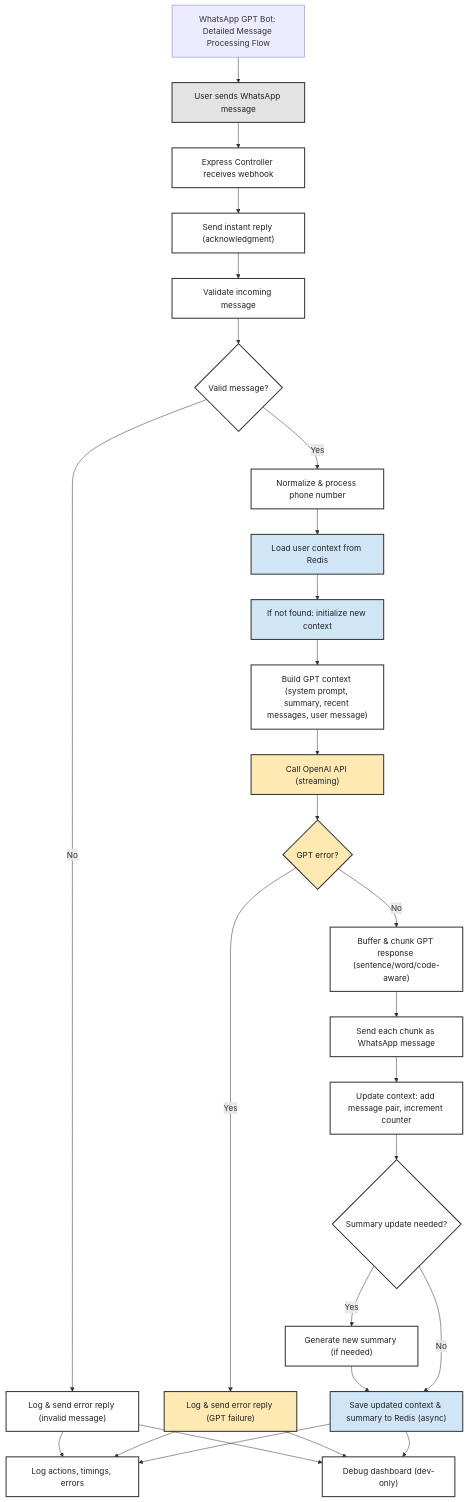
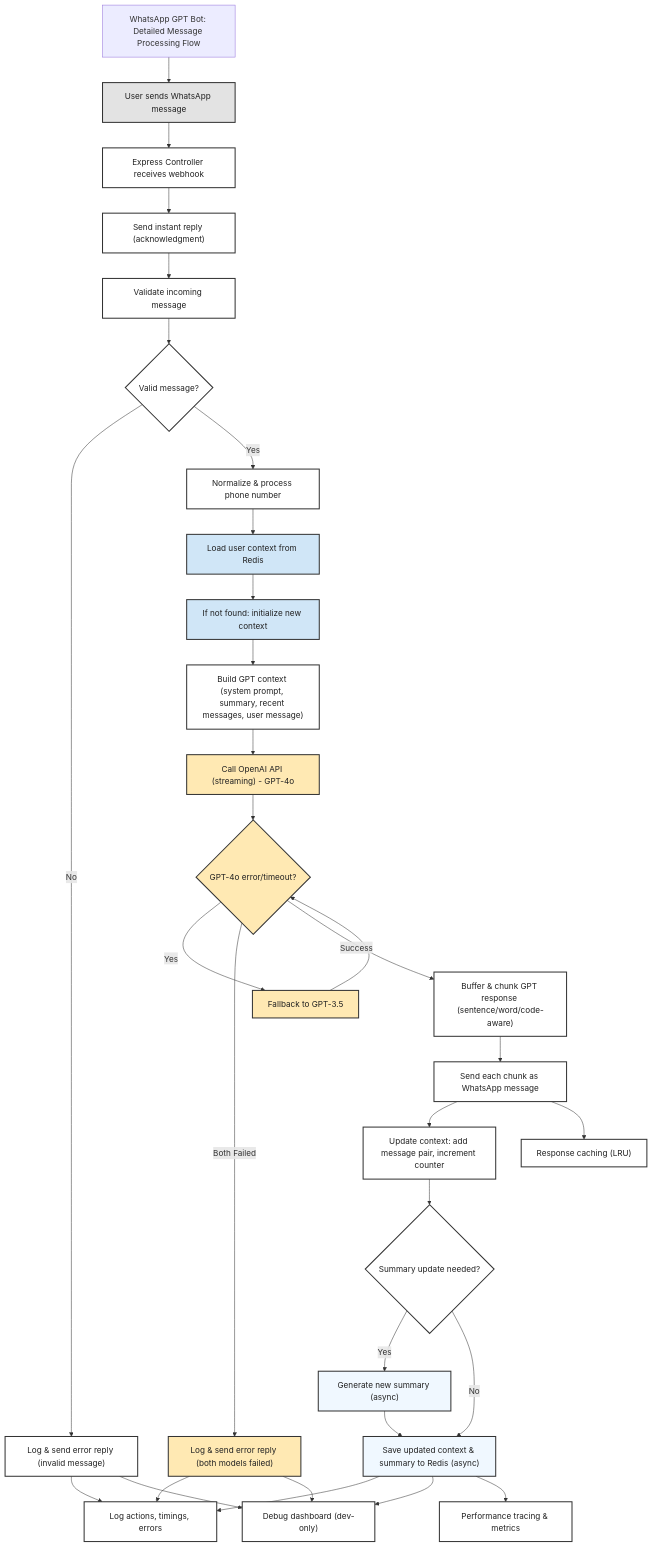
Before and after one commit to fabiomantel/Financial-Advisor-Bot: the diagram in README.md, drawn with Mermaid. The commit also changed other lines of this file and 4 other files, not shown here.

````diff
--- a/README.md
+++ b/README.md
@@ -44,25 +44,28 @@
     H["Load user context from Redis"]
     H2["If not found: initialize new context"]
 
-    %% GPT
+    %% GPT with Fallback
     I["Build GPT context (system prompt, summary, recent messages, user message)"]
-    J["Call OpenAI API (streaming)"]
-    J2{"GPT error?"}
-    K["Log & send error reply (GPT failure)"]
+    J["Call OpenAI API (streaming) - GPT-4o"]
+    J2{"GPT-4o error/timeout?"}
+    J3["Fallback to GPT-3.5"]
+    K["Log & send error reply (both models failed)"]
 
     %% Chunking & Sending
     L["Buffer & chunk GPT response (sentence/word/code-aware)"]
     M["Send each chunk as WhatsApp message"]
 
-    %% Context Update
+    %% Async Context Update
     N["Update context: add message pair, increment counter"]
     O{"Summary update needed?"}
-    P["Generate new summary (if needed)"]
+    P["Generate new summary (async)"]
     Q["Save updated context & summary to Redis (async)"]
 
-    %% Logging/Debug
+    %% Performance & Caching
     R["Log actions, timings, errors"]
     S["Debug dashboard (dev-only)"]
+    T2["Performance tracing & metrics"]
+    U["Response caching (LRU)"]
 
     %% Flow
     T --> A
@@ -79,10 +82,12 @@
     H2 --> I
     I --> J
     J --> J2
-    J2 -- "Yes" --> K
+    J2 -- "Yes" --> J3
+    J3 --> J2
+    J2 -- "Both Failed" --> K
     K --> R
     K --> S
-    J2 -- "No" --> L
+    J2 -- "Success" --> L
     L --> M
     M --> N
     N --> O
@@ -91,14 +96,18 @@
     O -- "No" --> Q
     Q --> R
     Q --> S
+    Q --> T2
+    M --> U
 
     %% Styling
     classDef user fill:#e3e3e3,stroke:#333,stroke-width:2px,color:#222;
     classDef api fill:#fff,stroke:#333,stroke-width:2px,color:#222;
     classDef redis fill:#d0e6f7,stroke:#333,stroke-width:2px,color:#222;
     classDef gpt fill:#ffe9b3,stroke:#333,stroke-width:2px,color:#222;
+    classDef async fill:#f0f8ff,stroke:#333,stroke-width:2px,color:#222;
     class A user;
-    class B,C,D,E,F,G,H,H2,I,J,J2,K,L,M,N,O,P,Q,R,S api;
+    class B,C,D,E,F,G,H,H2,I,J,J2,J3,K,L,M,N,O,R,S,T2,U api;
     class H,H2,Q redis;
-    class J,J2,K gpt;
+    class J,J2,J3,K gpt;
+    class P,Q async;
 ```
````
